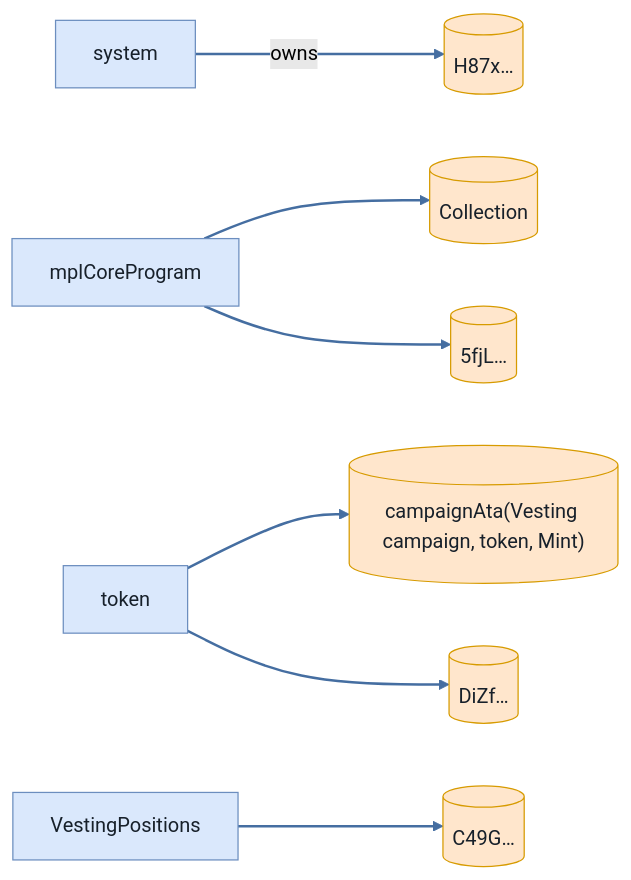
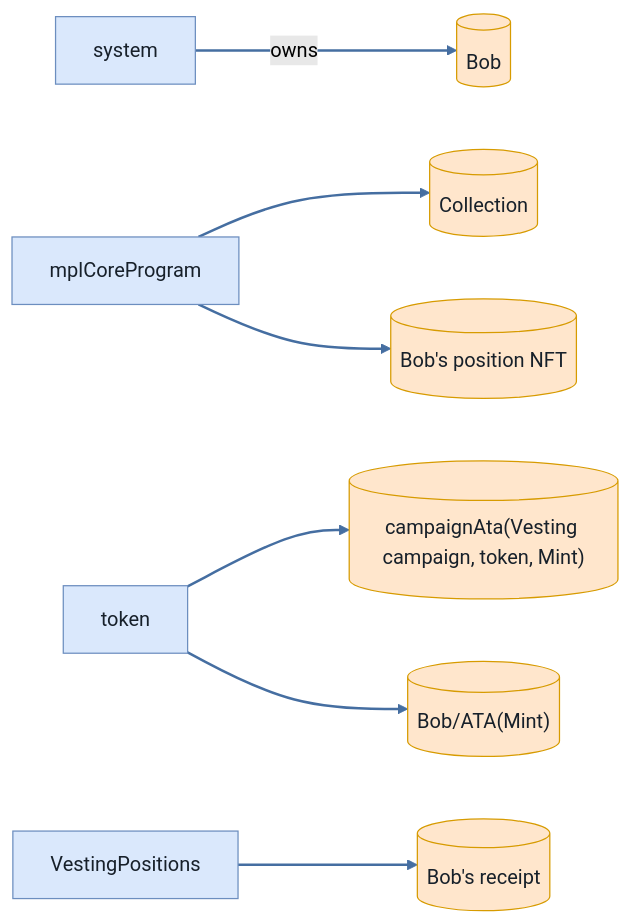
One commit to cds-turbin3/vesting-position changed the sixth of 9 diagrams in babelfish-tests/test-report/scenario_6_not_owner_subsequent_claim_fails.md. Above: the diagram before and after it, drawn with Mermaid (forest theme). The commit also changed other lines of this file and 104 other files, not shown here.

````diff
--- a/babelfish-tests/test-report/scenario_6_not_owner_subsequent_claim_fails.md
+++ b/babelfish-tests/test-report/scenario_6_not_owner_subsequent_claim_fails.md
@@ -320,23 +320,23 @@
 ```mermaid
 flowchart LR
     system["system"]:::program
-    H87x[("H87x…")]:::state
+    Bob[("Bob")]:::state
     mplCoreProgram["mplCoreProgram"]:::program
     Collection[("Collection")]:::state
     token["token"]:::program
     campaignAtaVestingcampaigntokenMint[("campaignAta(Vesting campaign, token, Mint)")]:::state
-    DiZf[("DiZf…")]:::state
-    n5fjL[("5fjL…")]:::state
+    BobATAMint[("Bob/ATA(Mint)")]:::state
+    BobspositionNFT[("Bob's position NFT")]:::state
     VestingPositions["VestingPositions"]:::program
-    C49G[("C49G…")]:::state
-    system -->|owns| H87x
+    Bobsreceipt[("Bob's receipt")]:::state
+    system -->|owns| Bob
     mplCoreProgram --> Collection
     token --> campaignAtaVestingcampaigntokenMint
-    token --> DiZf
-    mplCoreProgram --> n5fjL
-    VestingPositions --> C49G
+    token --> BobATAMint
+    mplCoreProgram --> BobspositionNFT
+    VestingPositions --> Bobsreceipt
     classDef program fill:#dae8fc,stroke:#6c8ebf,color:#17202a;
     classDef signer fill:#d5e8d4,stroke:#82b366,color:#17202a;
     classDef state fill:#ffe6cc,stroke:#d79b00,color:#17202a;
     linkStyle 0,1,2,3,4,5 stroke:#456ea1,stroke-width:2px
 ```
````
